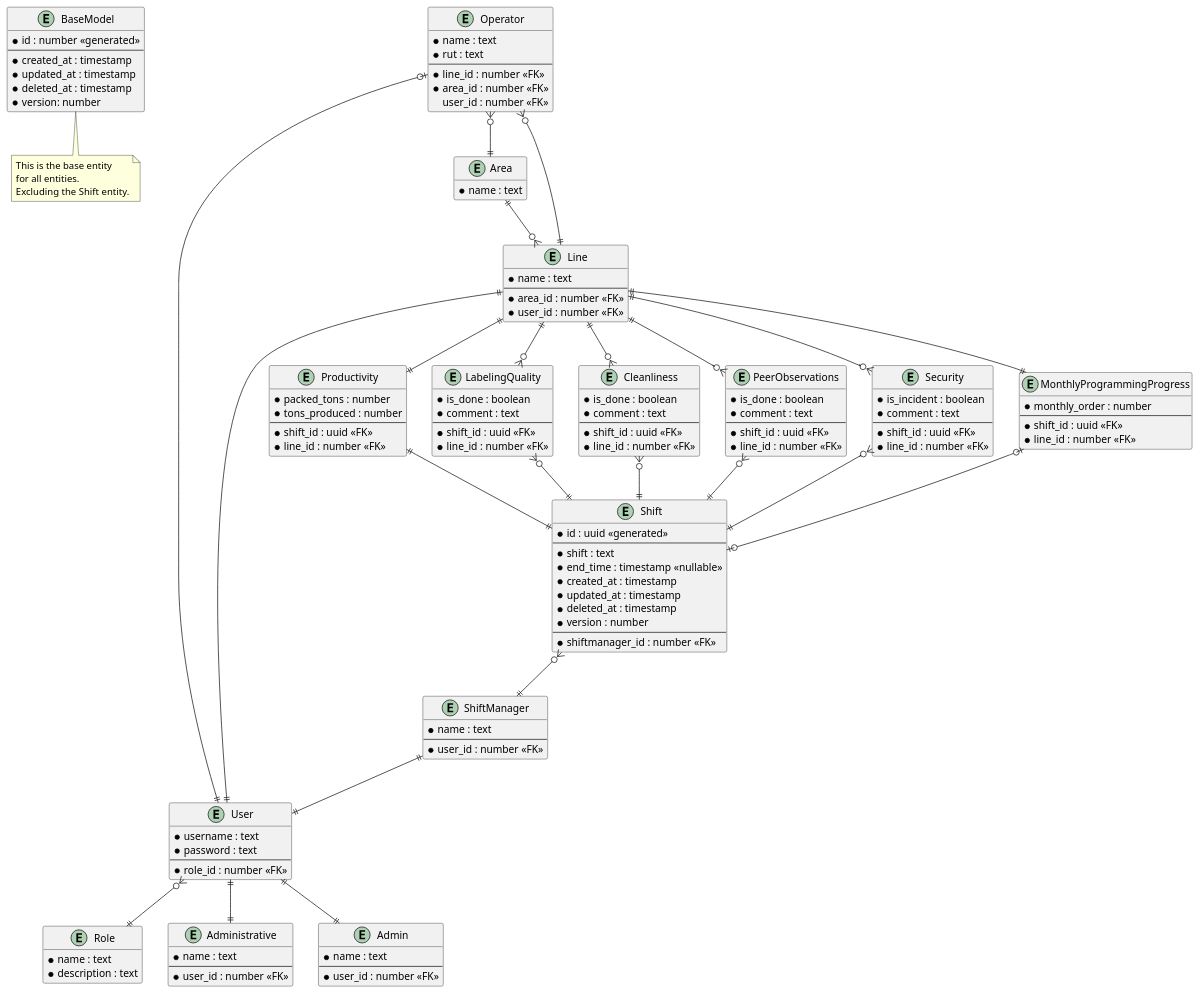
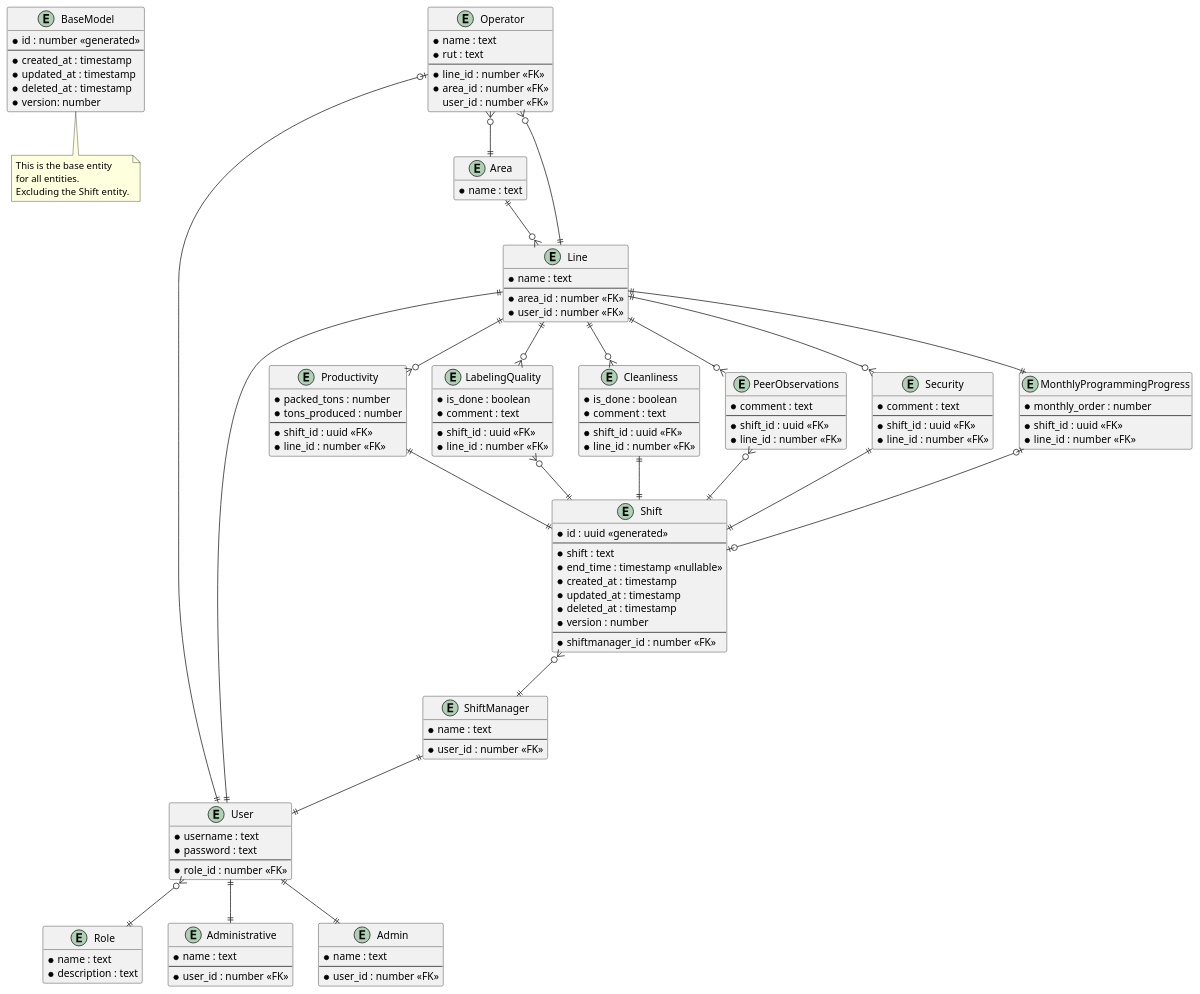
One commit to BastiancitosJr/new-laravel-api changed the diagram in docs/ER.puml. Above: the diagram before and after it, drawn with PlantUML.

Commit message:
docs: ER model updated

```diff
--- a/docs/ER.puml
+++ b/docs/ER.puml
@@ -1,158 +1,156 @@
 @startuml ER-Diagram
 hide empty methods
 
 
 entity BaseModel {
     * id : number <<generated>>
     --
     * created_at : timestamp
     * updated_at : timestamp
     * deleted_at : timestamp
     * version: number
 }
 
 entity Role {
     * name : text
     * description : text
 }
 
 entity User {
     * username : text
     * password : text
     --
     * role_id : number <<FK>>
 }
 
 entity Administrative {
     * name : text
     --
     * user_id : number <<FK>>
 }
 
 entity Admin {
     * name : text
     --
     * user_id : number <<FK>>
 }
 
 entity ShiftManager {
     * name : text
     --
     * user_id : number <<FK>>
 }
 
 
 entity Area {
     * name : text
 }
 
 entity Line {
     * name : text
     --
     * area_id : number <<FK>>
     * user_id : number <<FK>>
 }
 
 entity Operator {
     * name : text
     * rut : text
     --
     * line_id : number <<FK>>
     * area_id : number <<FK>>
     user_id : number <<FK>>
 }
 
 entity Productivity {
     * packed_tons : number
     * tons_produced : number
     --
     * shift_id : uuid <<FK>>
     * line_id : number <<FK>>
 }
 
 entity LabelingQuality {
     * is_done : boolean
     * comment : text
     --
     * shift_id : uuid <<FK>>
     * line_id : number <<FK>>
 }
 
 entity Cleanliness {
     * is_done : boolean
     * comment : text
     --
     * shift_id : uuid <<FK>>
     * line_id : number <<FK>>
 }
 
 entity PeerObservations {
-    * is_done : boolean
     * comment : text
     --
     * shift_id : uuid <<FK>>
     * line_id : number <<FK>>
 }
 
 entity Security {
-    * is_incident : boolean
     * comment : text
     --
     * shift_id : uuid <<FK>>
     * line_id : number <<FK>>
 }
 
 entity MonthlyProgrammingProgress {
     * monthly_order : number
     --
     * shift_id : uuid <<FK>>
     * line_id : number <<FK>>
 }
 
 entity Shift{
     * id : uuid <<generated>>
     --
     * shift : text
     * end_time : timestamp <<nullable>>
     * created_at : timestamp
     * updated_at : timestamp
     * deleted_at : timestamp
     * version : number
     --
     * shiftmanager_id : number <<FK>>
 }
 
 note bottom of BaseModel
     This is the base entity
     for all entities.
     Excluding the Shift entity.
 end note
 
 Line ||--|| User
 User ||--|| Administrative
 User ||--|| Admin
 ShiftManager ||--|| User
 Operator |o--|| User
 User }o--|| Role
 Operator }o--|| Line
 Operator }o--|| Area
 Area ||--o{ Line
 
 Shift }o--|| ShiftManager
 
 Productivity ||--|| Shift
 LabelingQuality }o--|| Shift
-Cleanliness }o--|| Shift
+Cleanliness ||--|| Shift
 PeerObservations }o--|| Shift
-Security }o--|| Shift
+Security ||--|| Shift
 MonthlyProgrammingProgress |o--o| Shift
 
-Line ||--|| Productivity
+Line ||--o{ Productivity
 Line ||--o{ LabelingQuality
 Line ||--o{ Cleanliness
 Line ||--o{ PeerObservations
 Line ||--o{ Security
 Line ||--|| MonthlyProgrammingProgress
 
 
 @enduml
```
